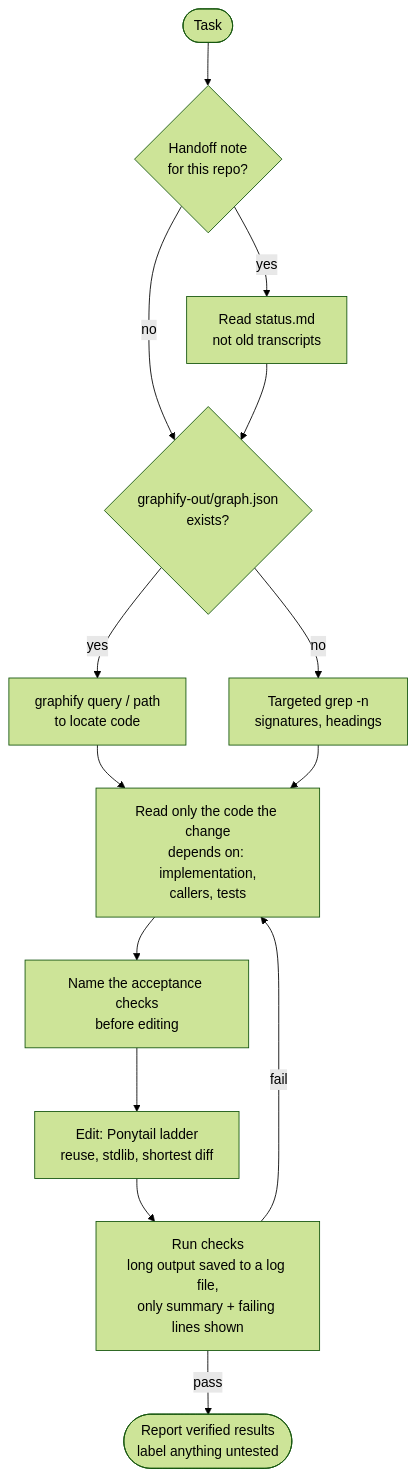
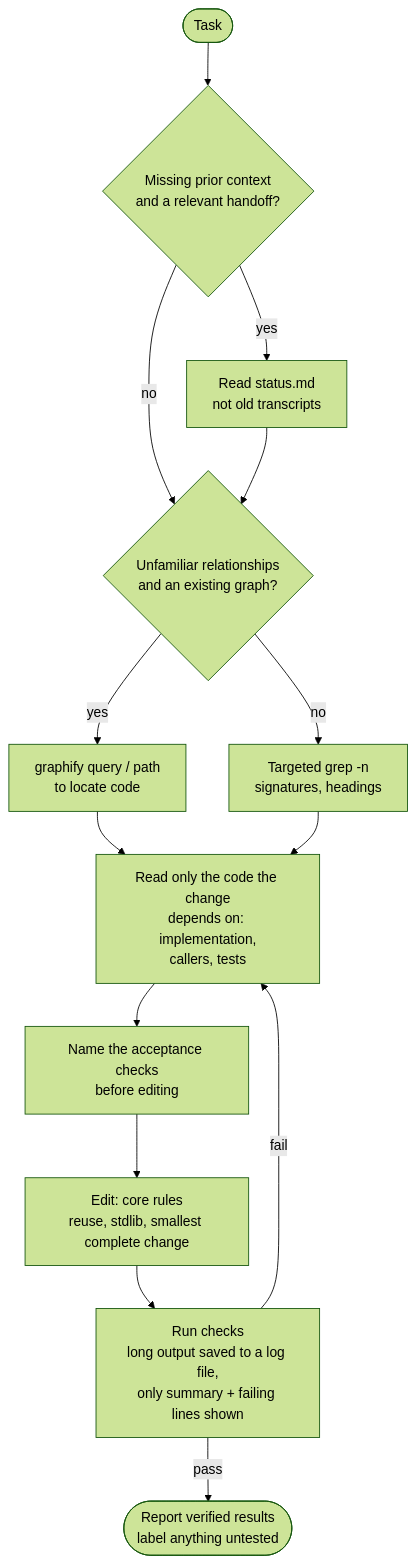
One commit to zandy700/agent-workflow changed the second of 5 diagrams in docs/how-it-works.md. Above: the diagram before and after it, drawn with Mermaid (forest theme). The commit also changed other lines of this file and 12 other files, not shown here.

````diff
--- a/docs/how-it-works.md
+++ b/docs/how-it-works.md
@@ -31,16 +31,16 @@
 ```mermaid
 flowchart TD
-    T([Task]) --> H{"Handoff note<br/>for this repo?"}
+    T([Task]) --> H{"Missing prior context<br/>and a relevant handoff?"}
     H -->|yes| HN["Read status.md<br/>not old transcripts"]
     H -->|no| L
-    HN --> L{"graphify-out/graph.json<br/>exists?"}
+    HN --> L{"Unfamiliar relationships<br/>and an existing graph?"}
     L -->|yes| GQ["graphify query / path<br/>to locate code"]
     L -->|no| GR["Targeted grep -n<br/>signatures, headings"]
     GQ --> RD["Read only the code the change<br/>depends on: implementation,<br/>callers, tests"]
     GR --> RD
     RD --> AC["Name the acceptance checks<br/>before editing"]
-    AC --> E["Edit: Ponytail ladder<br/>reuse, stdlib, shortest diff"]
+    AC --> E["Edit: core rules<br/>reuse, stdlib, smallest complete change"]
     E --> RUN["Run checks<br/>long output saved to a log file,<br/>only summary + failing lines shown"]
     RUN -->|fail| RD
     RUN -->|pass| REP(["Report verified results<br/>label anything untested"])
 ```
````
